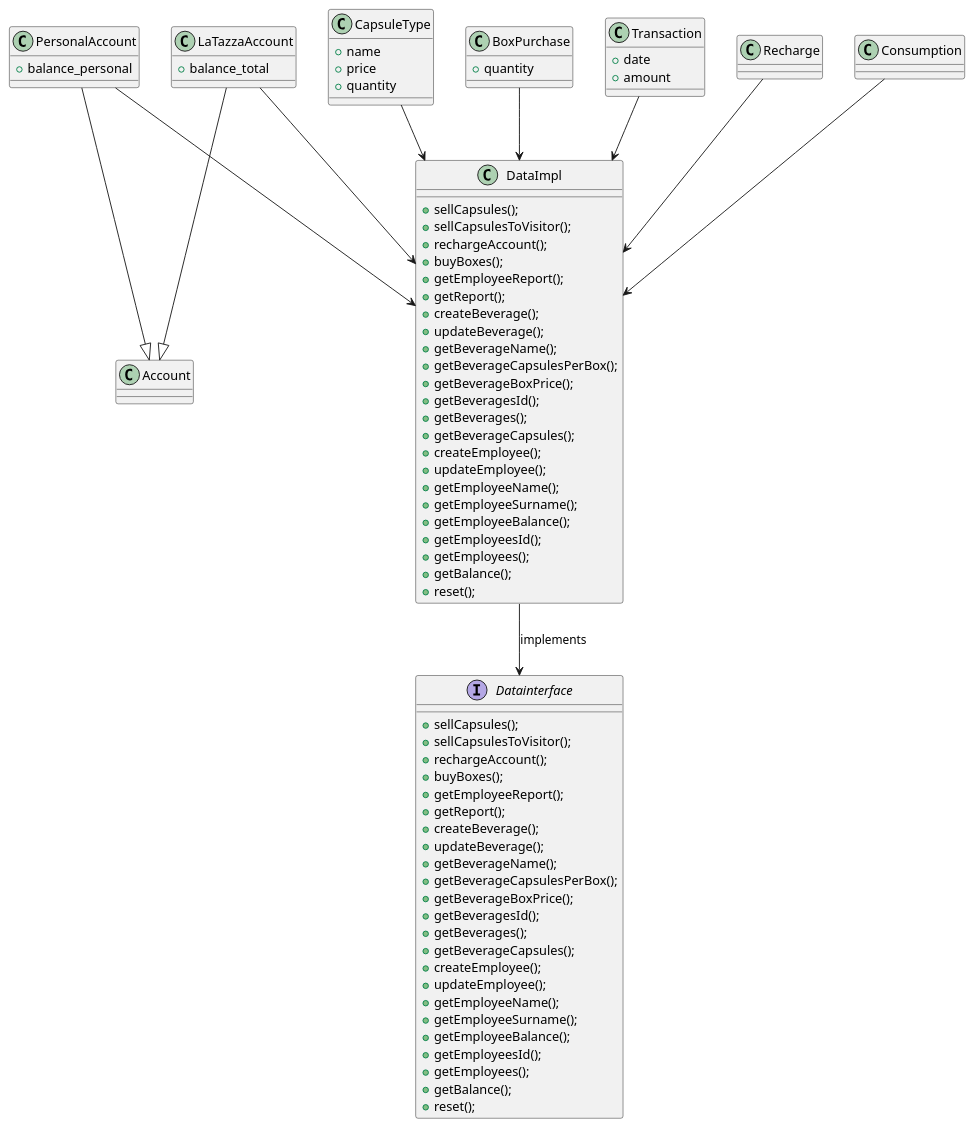
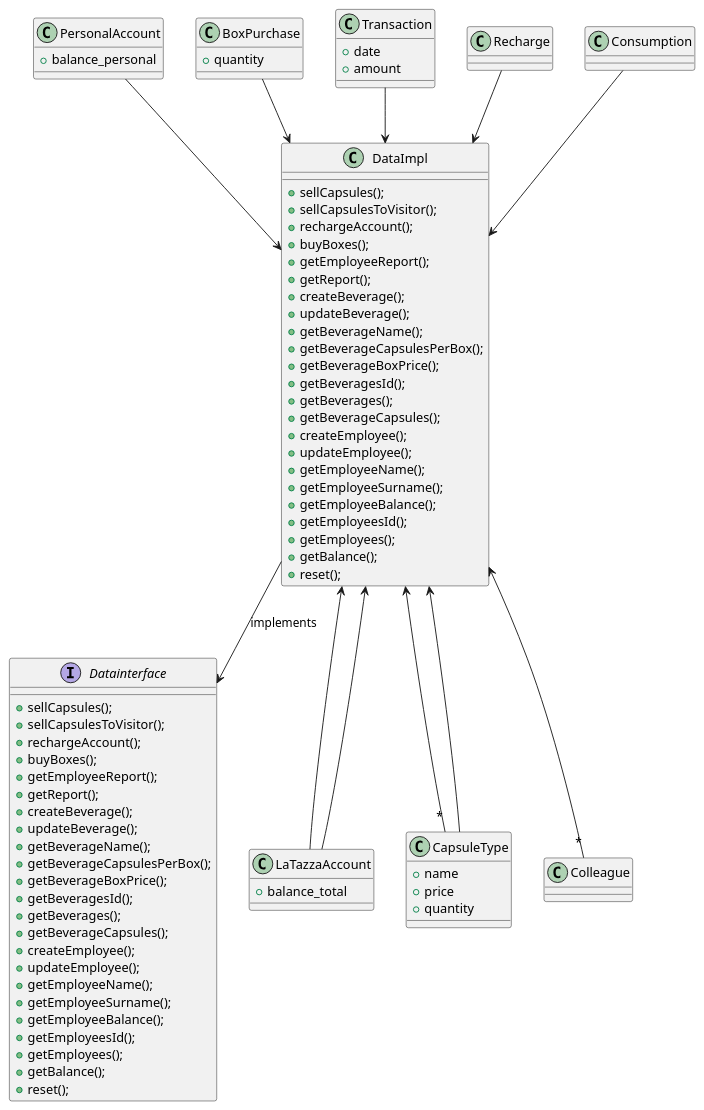
One commit to salvatore-dimartino/LaTazza changed the third of 7 diagrams in templates/DesignDocumentTemplate.md. Above: the diagram before and after it, drawn with PlantUML.

```diff
--- a/templates/DesignDocumentTemplate.md
+++ b/templates/DesignDocumentTemplate.md
@@ -126,23 +126,17 @@
 
 DataImpl --> Datainterface: implements
 
-class Account {
-    
-}
-
 class PersonalAccount {
 + balance_personal
 }
 
 PersonalAccount --> DataImpl
-PersonalAccount --|> Account
 
 class LaTazzaAccount {
 + balance_total
 }
 
 LaTazzaAccount --> DataImpl
-LaTazzaAccount --|> Account
 
 class CapsuleType {
 + name
@@ -163,6 +157,10 @@
 + amount
 }
 
+DataImpl <-- "*" Colleague
+DataImpl <-- "*" CapsuleType
+DataImpl <-- LaTazzaAccount
+
 Transaction --> DataImpl
 
 class Recharge
```
